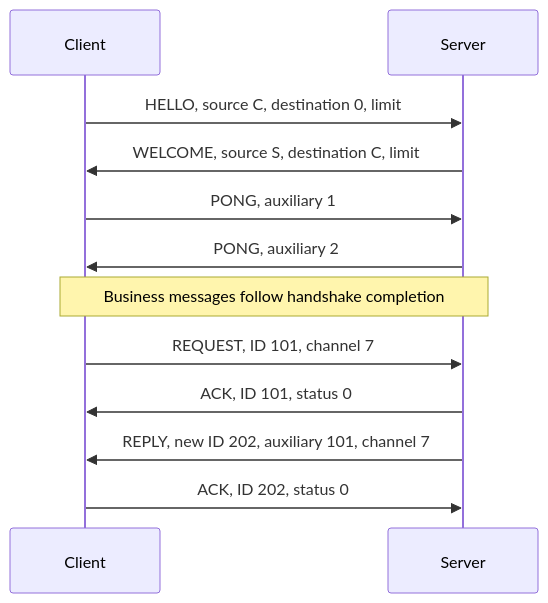
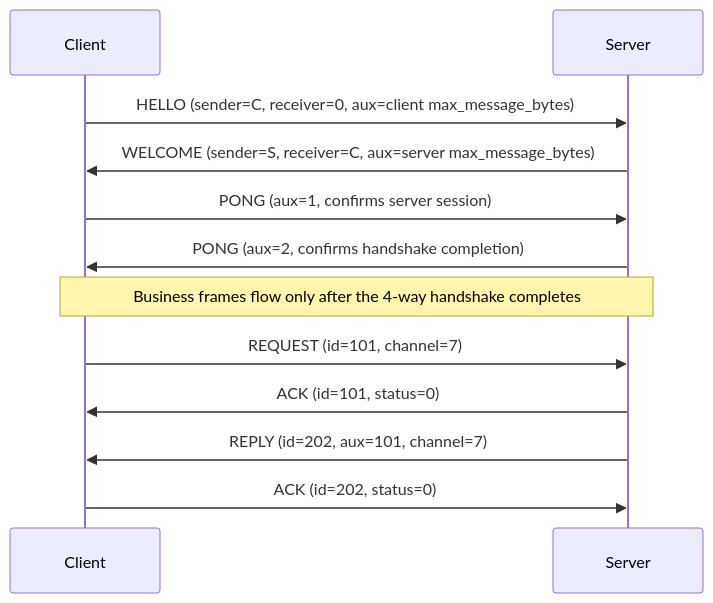
The second of 2 diagrams in docs/IPC.md (HuangX666/hx_c_platform), drawn with Mermaid before and after one commit. The commit also changed other lines of this file and 135 other files, not shown here.

````diff
--- a/docs/IPC.md
+++ b/docs/IPC.md
@@ -275,14 +302,14 @@
 ```mermaid
 sequenceDiagram
     participant C as Client
     participant S as Server
-    C->>S: HELLO, source C, destination 0, limit
-    S->>C: WELCOME, source S, destination C, limit
-    C->>S: PONG, auxiliary 1
-    S->>C: PONG, auxiliary 2
-    Note over C,S: Business messages follow handshake completion
-    C->>S: REQUEST, ID 101, channel 7
-    S->>C: ACK, ID 101, status 0
-    S->>C: REPLY, new ID 202, auxiliary 101, channel 7
-    C->>S: ACK, ID 202, status 0
+    C->>S: HELLO (sender=C, receiver=0, aux=client max_message_bytes)
+    S->>C: WELCOME (sender=S, receiver=C, aux=server max_message_bytes)
+    C->>S: PONG (aux=1, confirms server session)
+    S->>C: PONG (aux=2, confirms handshake completion)
+    Note over C,S: Business frames flow only after the 4-way handshake completes
+    C->>S: REQUEST (id=101, channel=7)
+    S->>C: ACK (id=101, status=0)
+    S->>C: REPLY (id=202, aux=101, channel=7)
+    C->>S: ACK (id=202, status=0)
 ```
````
